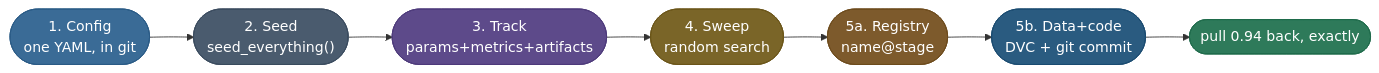
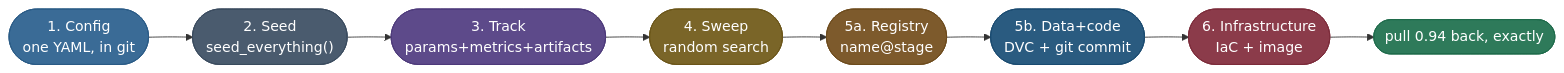
The seventh of 7 diagrams in operations-and-lifecycle/lifecycle-and-reproducibility/reproducibility/reproducibility.md (sudhir13s/ai-ml-learning-resources), drawn with Mermaid before and after one commit. The commit also changed other lines of this file and 175 other files, not shown here.

````diff
--- a/operations-and-lifecycle/lifecycle-and-reproducibility/reproducibility/reproducibility.md
+++ b/operations-and-lifecycle/lifecycle-and-reproducibility/reproducibility/reproducibility.md
@@ -262,17 +374,19 @@
 ```mermaid
 graph LR
     C(["1. Config<br/>one YAML, in git"]):::cfg --> S(["2. Seed<br/>seed_everything()"]):::seed
     S --> T(["3. Track<br/>params+metrics+artifacts"]):::track
     T --> W(["4. Sweep<br/>random search"]):::sweep
     W --> R(["5a. Registry<br/>name@stage"]):::reg
     R --> V(["5b. Data+code<br/>DVC + git commit"]):::ver
-    V --> DONE(["pull 0.94 back, exactly"]):::done
+    V --> I(["6. Infrastructure<br/>IaC + image"]):::infra
+    I --> DONE(["pull 0.94 back, exactly"]):::done
 
     classDef cfg fill:#3A6B96,stroke:#2A5B86,color:#fff
     classDef seed fill:#4A5B6E,stroke:#3A4B5E,color:#fff
     classDef track fill:#5D4A8A,stroke:#4D3A7A,color:#fff
     classDef sweep fill:#7A6528,stroke:#6A5518,color:#fff
     classDef reg fill:#7D5A2C,stroke:#6D4A1C,color:#fff
     classDef ver fill:#2A5B80,stroke:#1A4B70,color:#fff
+    classDef infra fill:#8B3B4A,stroke:#7B2B3A,color:#fff
     classDef done fill:#2E7A5A,stroke:#1E6A4A,color:#fff
 ```
````
